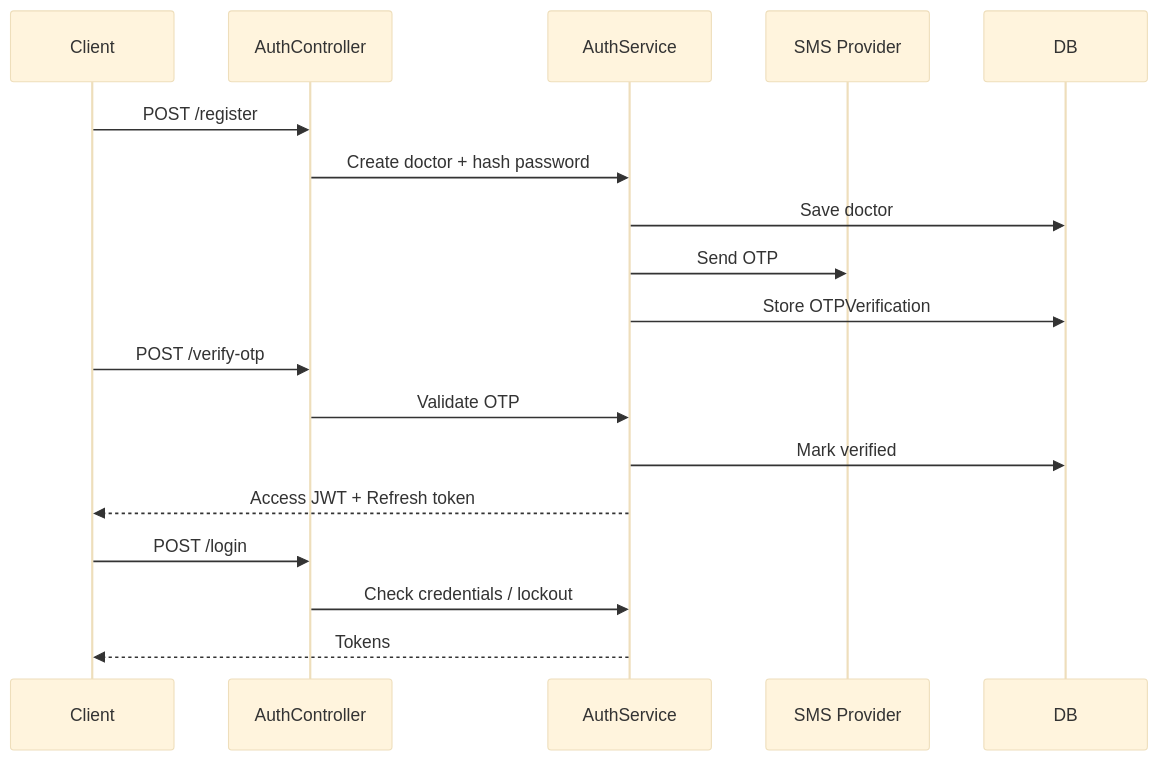
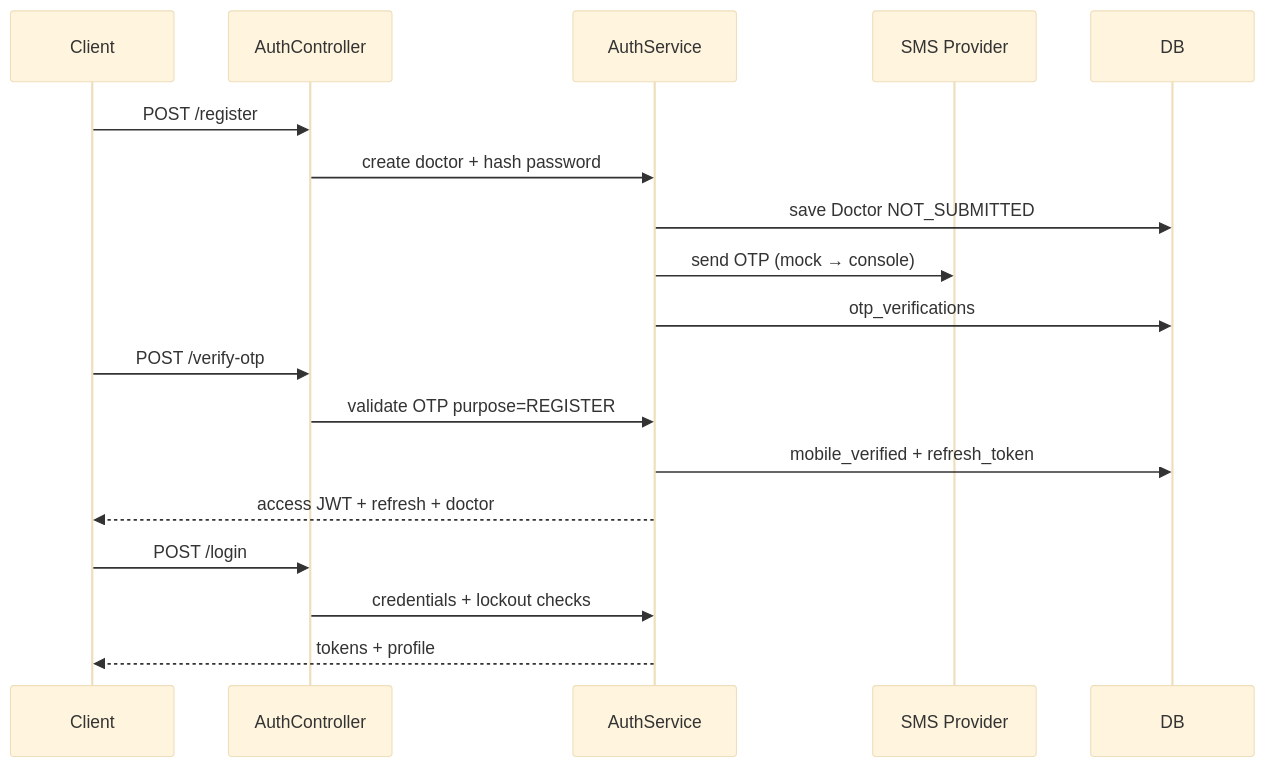
The ninth of 11 diagrams in docs/ARCHITECTURE.md (Saravanan2005real/zudoc-doctor-portal-EKYC), drawn with Mermaid (base theme) before and after one commit. The commit also changed other lines of this file and 1 other file, not shown here.

First line of the commit message:
Rewrite README and architecture docs for the Python eKYC pipeline.

````diff
--- a/docs/ARCHITECTURE.md
+++ b/docs/ARCHITECTURE.md
@@ -238,23 +297,23 @@
 ```mermaid
 sequenceDiagram
   participant C as Client
   participant API as AuthController
   participant AS as AuthService
   participant SMS as SMS Provider
   participant DB as DB
 
   C->>API: POST /register
-  API->>AS: Create doctor + hash password
-  AS->>DB: Save doctor
-  AS->>SMS: Send OTP
-  AS->>DB: Store OTPVerification
+  API->>AS: create doctor + hash password
+  AS->>DB: save Doctor NOT_SUBMITTED
+  AS->>SMS: send OTP (mock → console)
+  AS->>DB: otp_verifications
 
   C->>API: POST /verify-otp
-  API->>AS: Validate OTP
-  AS->>DB: Mark verified
-  AS-->>C: Access JWT + Refresh token
+  API->>AS: validate OTP purpose=REGISTER
+  AS->>DB: mobile_verified + refresh_token
+  AS-->>C: access JWT + refresh + doctor
 
   C->>API: POST /login
-  API->>AS: Check credentials / lockout
-  AS-->>C: Tokens
+  API->>AS: credentials + lockout checks
+  AS-->>C: tokens + profile
 ```
````
